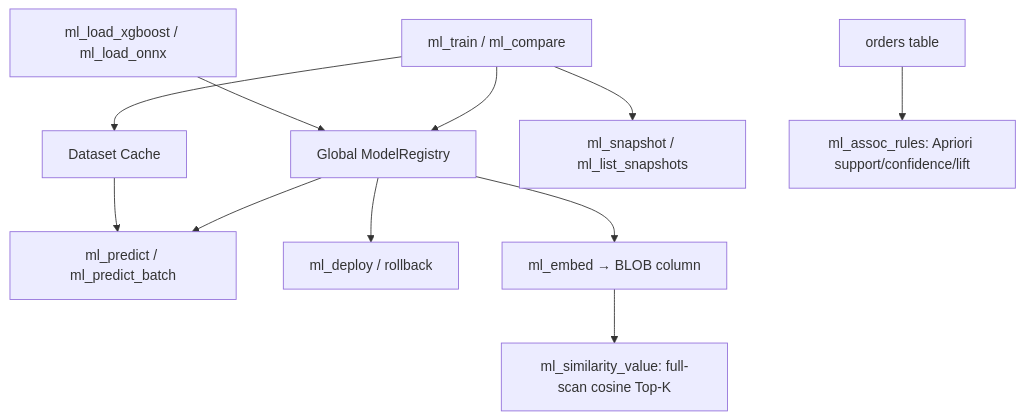
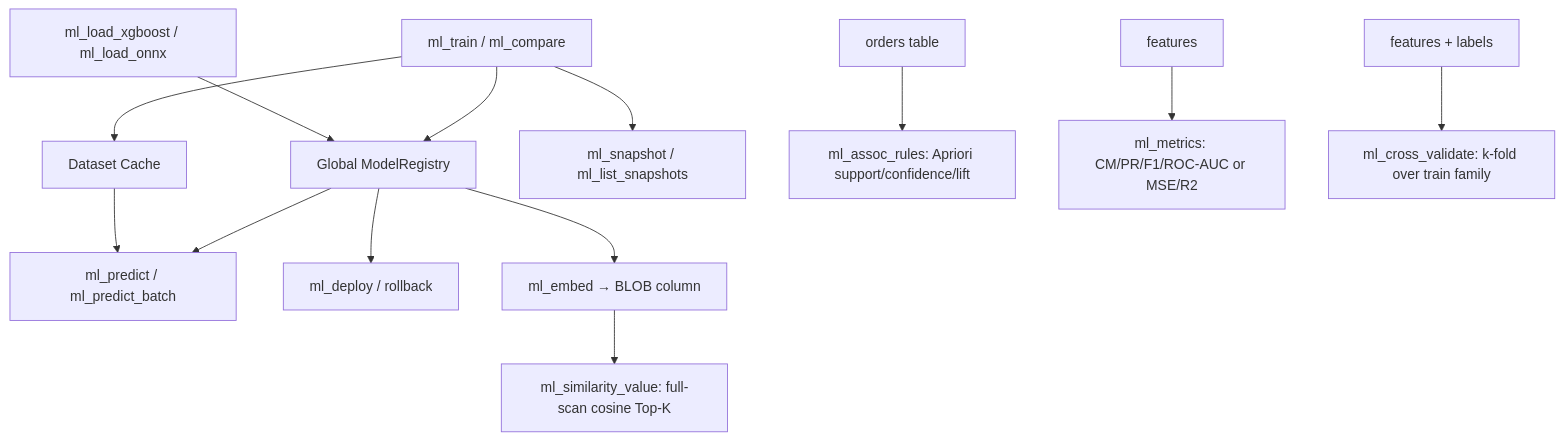
The diagram in README.md (alitrack/duckdb-ml), drawn with Mermaid before and after one commit. The commit also changed other lines of this file and 12 other files, not shown here.

First line of the commit message:
feat: P1 model quality set — DBSCAN, ml_metrics, ml_cross_validate

````diff
--- a/README.md
+++ b/README.md
@@ -184,13 +232,15 @@
 ```mermaid
 flowchart TD
     A[ml_train / ml_compare] --> B[Global ModelRegistry]
     B --> C[ml_predict / ml_predict_batch]
     A --> D[Dataset Cache]
     D --> C
     B --> E[ml_deploy / rollback]
     A --> F[ml_snapshot / ml_list_snapshots]
     G[ml_load_xgboost / ml_load_onnx] --> B
     B --> H[ml_embed → BLOB column]
     H --> I[ml_similarity_value: full-scan cosine Top-K]
     J[orders table] --> K[ml_assoc_rules: Apriori support/confidence/lift]
+    L[features] --> M[ml_metrics: CM/PR/F1/ROC-AUC or MSE/R2]
+    N[features + labels] --> O[ml_cross_validate: k-fold over train family]
 ```
````
